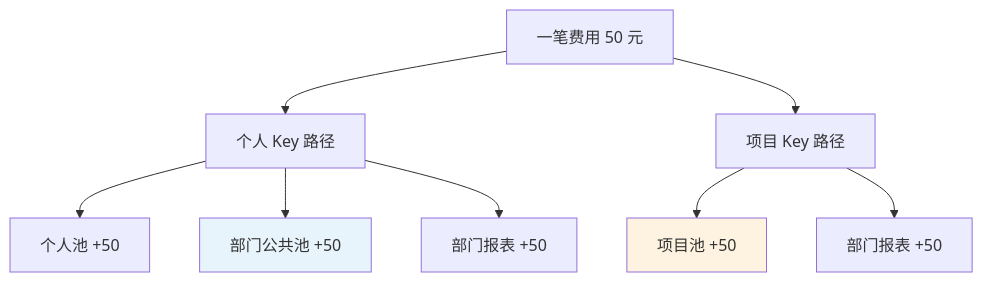
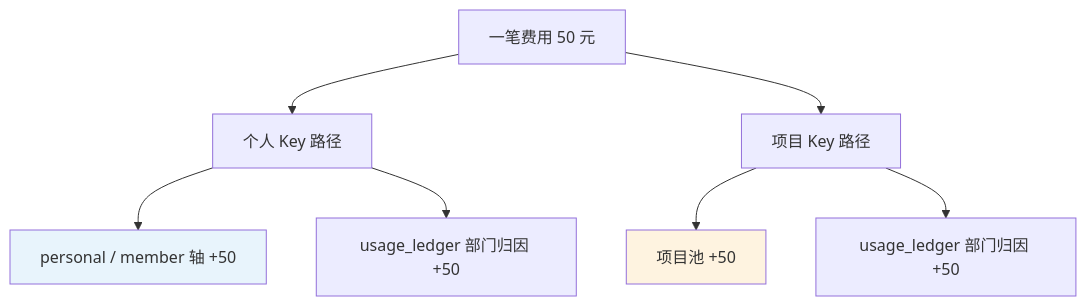
One commit to quyip8818/mytokenjoy changed the seventh of 8 diagrams in docs/预算分配与扣减.md. Above: the diagram before and after it, drawn with Mermaid. The commit also changed other lines of this file and 105 other files, not shown here.

````diff
--- a/docs/预算分配与扣减.md
+++ b/docs/预算分配与扣减.md
@@ -300,17 +326,16 @@
 ```mermaid
 flowchart TB
   FEE[一笔费用 50 元]
 
   FEE --> PK[个人 Key 路径]
   FEE --> GK[项目 Key 路径]
 
-  PK --> P1[个人池 +50]
-  PK --> P2[部门公共池 +50]
-  PK --> P3[部门报表 +50]
+  PK --> P1[personal / member 轴 +50]
+  PK --> P3[usage_ledger 部门归因 +50]
 
   GK --> G1[项目池 +50]
-  GK --> G2[部门报表 +50]
+  GK --> G2[usage_ledger 部门归因 +50]
 
-  style P2 fill:#e8f4fc
+  style P1 fill:#e8f4fc
   style G1 fill:#fef3e0
 ```
````
